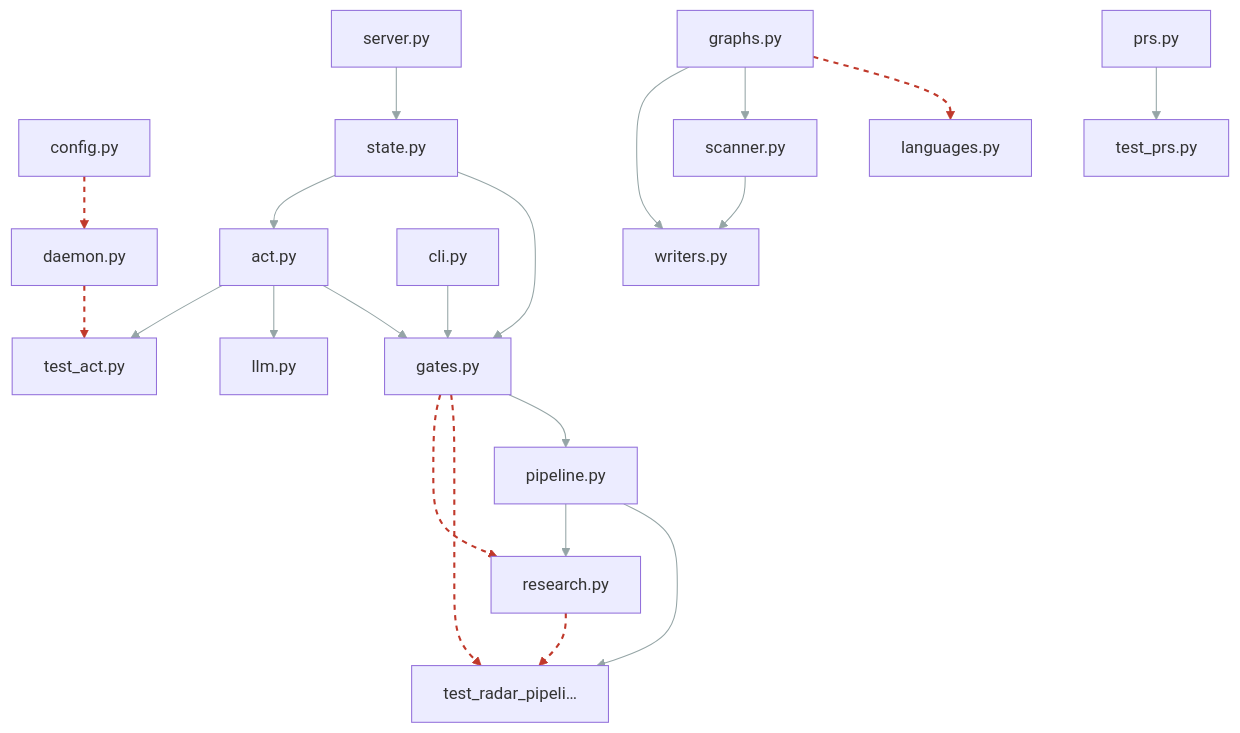
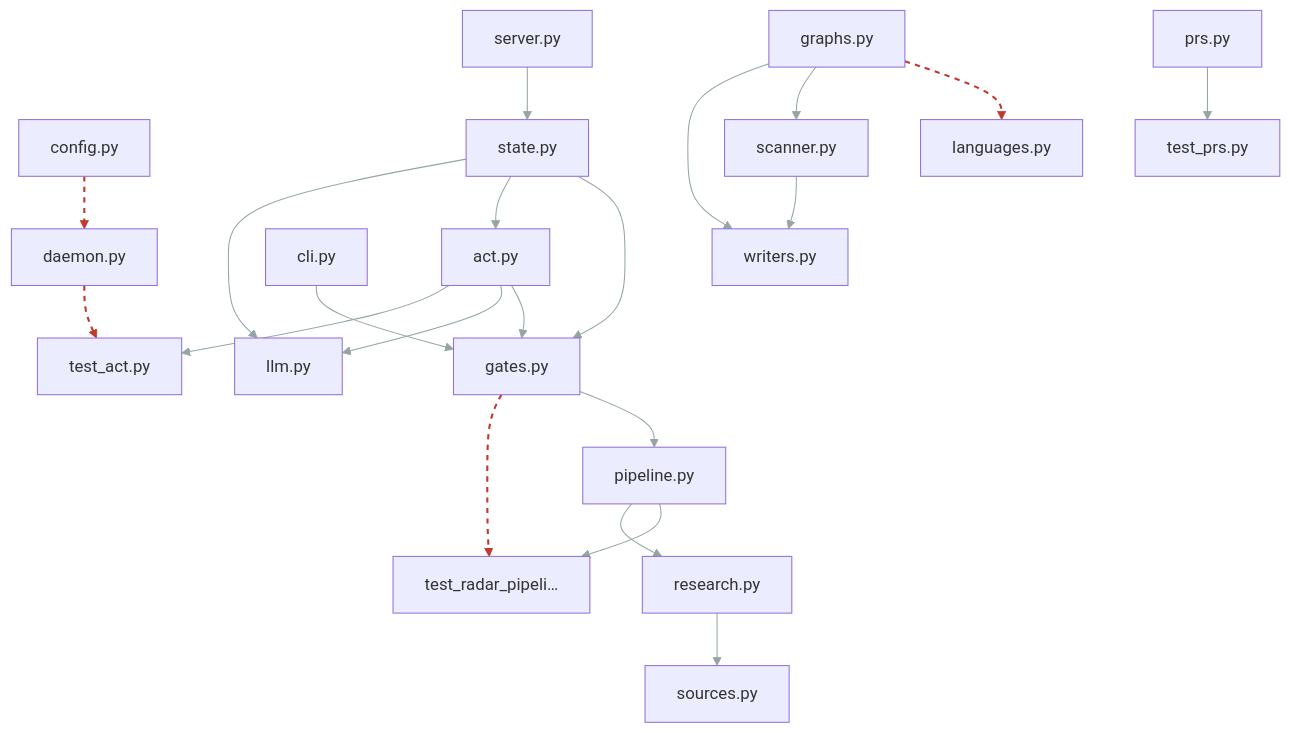
One commit to hhleroy97/repo-scan changed the diagram in docs/reports/coupling.md. Above: the diagram before and after it, drawn with Mermaid. The commit also changed other lines of this file and 11 other files, not shown here.

````diff
--- a/docs/reports/coupling.md
+++ b/docs/reports/coupling.md
@@ -8,61 +8,62 @@
 ```mermaid
 graph TD
   repo_scan_config_py["config.py"]
   repo_scan_graphs_py["graphs.py"]
   repo_scan_hub_daemon_py["daemon.py"]
   repo_scan_hub_prs_py["prs.py"]
   repo_scan_hub_server_py["server.py"]
   repo_scan_hub_state_py["state.py"]
   repo_scan_languages_py["languages.py"]
   repo_scan_radar_act_py["act.py"]
   repo_scan_radar_cli_py["cli.py"]
   repo_scan_radar_gates_py["gates.py"]
   repo_scan_radar_llm_py["llm.py"]
   repo_scan_radar_pipeline_py["pipeline.py"]
   repo_scan_radar_research_py["research.py"]
+  repo_scan_radar_sources_py["sources.py"]
   repo_scan_scanner_py["scanner.py"]
   repo_scan_writers_py["writers.py"]
   tests_test_act_py["test_act.py"]
   tests_test_prs_py["test_prs.py"]
   tests_test_radar_pipeline_py["test_radar_pipeli…"]
   repo_scan_hub_prs_py --> tests_test_prs_py
   repo_scan_radar_cli_py --> repo_scan_radar_gates_py
   repo_scan_graphs_py --> repo_scan_languages_py
   repo_scan_radar_pipeline_py --> tests_test_radar_pipeline_py
   repo_scan_scanner_py --> repo_scan_writers_py
   repo_scan_hub_daemon_py --> tests_test_act_py
+  repo_scan_radar_pipeline_py --> repo_scan_radar_research_py
   repo_scan_graphs_py --> repo_scan_scanner_py
   repo_scan_config_py --> repo_scan_hub_daemon_py
   repo_scan_radar_gates_py --> repo_scan_radar_pipeline_py
   repo_scan_radar_gates_py --> tests_test_radar_pipeline_py
-  repo_scan_radar_pipeline_py --> repo_scan_radar_research_py
-  repo_scan_hub_server_py --> repo_scan_hub_state_py
   repo_scan_graphs_py --> repo_scan_writers_py
   repo_scan_radar_act_py --> repo_scan_radar_gates_py
+  repo_scan_radar_research_py --> repo_scan_radar_sources_py
   repo_scan_hub_state_py --> repo_scan_radar_gates_py
+  repo_scan_hub_server_py --> repo_scan_hub_state_py
   repo_scan_radar_act_py --> repo_scan_radar_llm_py
   repo_scan_radar_act_py --> tests_test_act_py
-  repo_scan_radar_gates_py --> repo_scan_radar_research_py
-  repo_scan_radar_research_py --> tests_test_radar_pipeline_py
   repo_scan_hub_state_py --> repo_scan_radar_act_py
+  repo_scan_hub_state_py --> repo_scan_radar_llm_py
 linkStyle 0 stroke:#95a5a6,stroke-width:1px
 linkStyle 1 stroke:#95a5a6,stroke-width:1px
 linkStyle 2 stroke:#c0392b,stroke-width:2px,stroke-dasharray: 5 5
 linkStyle 3 stroke:#95a5a6,stroke-width:1px
 linkStyle 4 stroke:#95a5a6,stroke-width:1px
 linkStyle 5 stroke:#c0392b,stroke-width:2px,stroke-dasharray: 5 5
 linkStyle 6 stroke:#95a5a6,stroke-width:1px
-linkStyle 7 stroke:#c0392b,stroke-width:2px,stroke-dasharray: 5 5
-linkStyle 8 stroke:#95a5a6,stroke-width:1px
-linkStyle 9 stroke:#c0392b,stroke-width:2px,stroke-dasharray: 5 5
-linkStyle 10 stroke:#95a5a6,stroke-width:1px
+linkStyle 7 stroke:#95a5a6,stroke-width:1px
+linkStyle 8 stroke:#c0392b,stroke-width:2px,stroke-dasharray: 5 5
+linkStyle 9 stroke:#95a5a6,stroke-width:1px
+linkStyle 10 stroke:#c0392b,stroke-width:2px,stroke-dasharray: 5 5
 linkStyle 11 stroke:#95a5a6,stroke-width:1px
 linkStyle 12 stroke:#95a5a6,stroke-width:1px
 linkStyle 13 stroke:#95a5a6,stroke-width:1px
 linkStyle 14 stroke:#95a5a6,stroke-width:1px
 linkStyle 15 stroke:#95a5a6,stroke-width:1px
 linkStyle 16 stroke:#95a5a6,stroke-width:1px
-linkStyle 17 stroke:#c0392b,stroke-width:2px,stroke-dasharray: 5 5
-linkStyle 18 stroke:#c0392b,stroke-width:2px,stroke-dasharray: 5 5
+linkStyle 17 stroke:#95a5a6,stroke-width:1px
+linkStyle 18 stroke:#95a5a6,stroke-width:1px
 linkStyle 19 stroke:#95a5a6,stroke-width:1px
 ```
````
